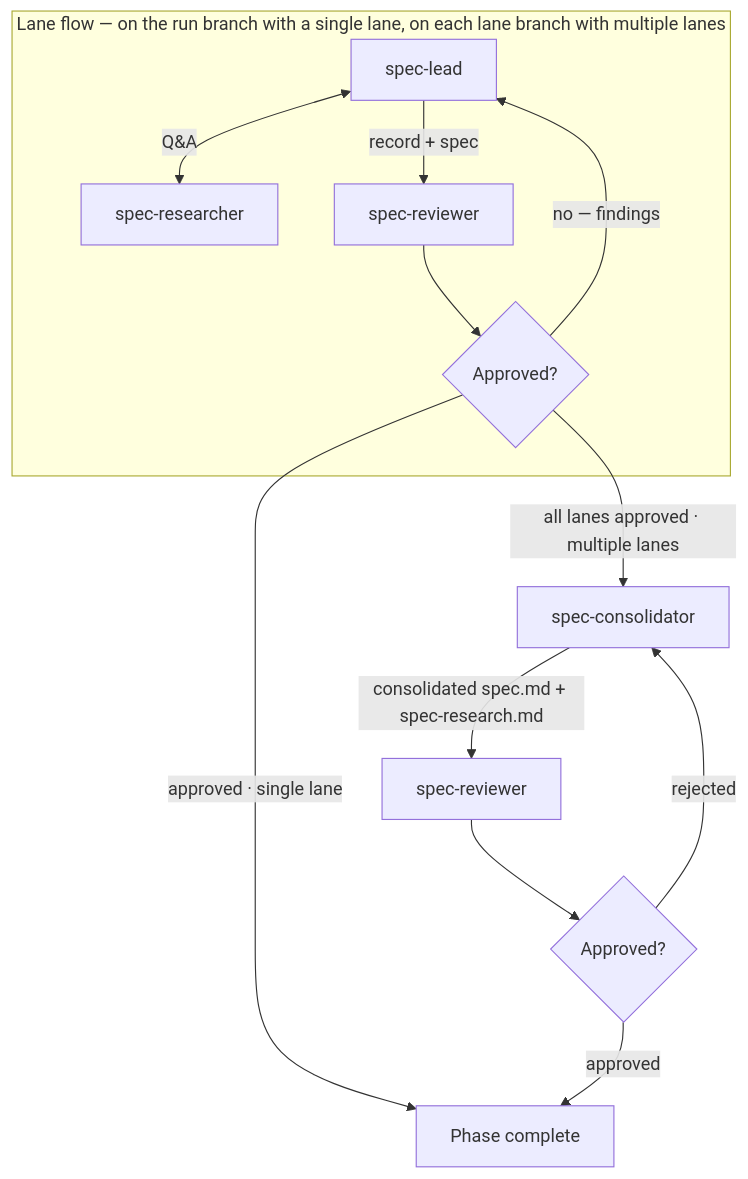
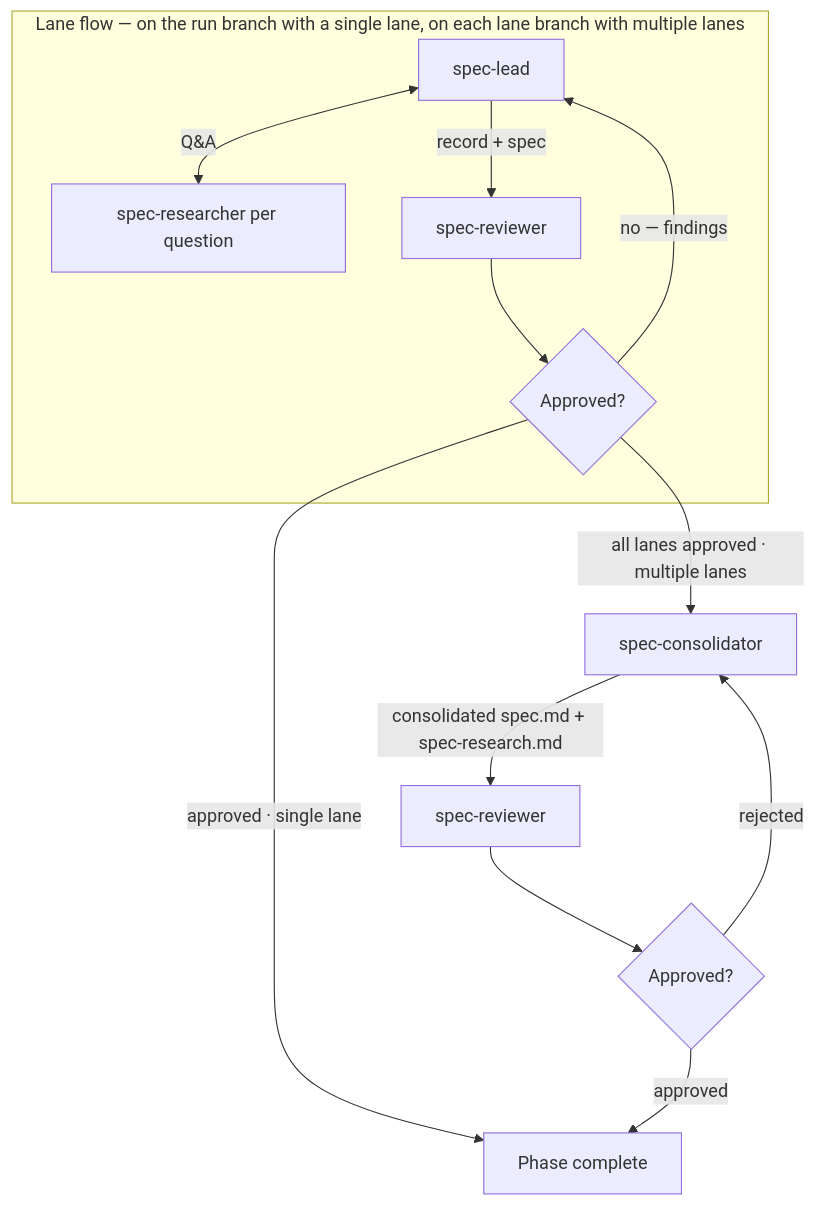
One commit to Automattic/radical-pipelines changed the diagram in skills/radical-pipelines/reference/autonomous-phases/1 - spec.md. Above: the diagram before and after it, drawn with Mermaid. The commit also changed other lines of this file and 21 other files, not shown here.

````diff
--- a/skills/radical-pipelines/reference/autonomous-phases/1 - spec.md
+++ b/skills/radical-pipelines/reference/autonomous-phases/1 - spec.md
@@ -53,15 +55,15 @@
 ```mermaid
 flowchart TD
     subgraph lane ["Lane flow — on the run branch with a single lane, on each lane branch with multiple lanes"]
-        B[spec-lead] <-->|Q&A| C[spec-researcher]
+        B[spec-lead] <-->|Q&A| C[spec-researcher per question]
         B -->|record + spec| E[spec-reviewer]
         E --> F{Approved?}
         F -->|no — findings| B
     end
     F -->|approved · single lane| K[Phase complete]
     F -->|all lanes approved · multiple lanes| H[spec-consolidator]
     H -->|consolidated spec.md + spec-research.md| I[spec-reviewer]
     I --> J{Approved?}
     J -->|rejected| H
     J -->|approved| K
 ```
````
